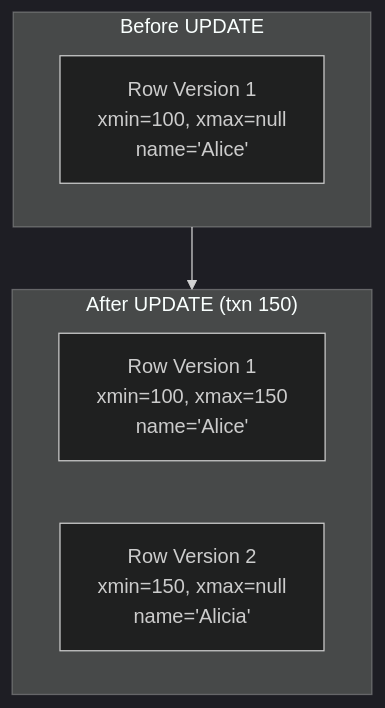
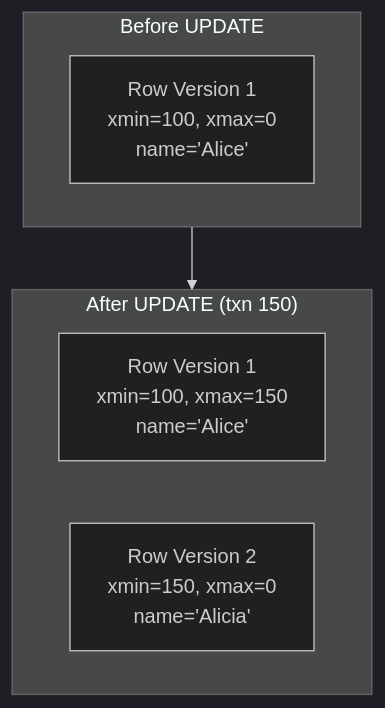
The diagram in posts/2026-01-19-postgresql-mvcc-concurrency/README.md (OneUptime/blog), drawn with Mermaid (dark theme) before and after one commit. The commit also changed other lines of this file and 4262 other files, not shown here.

````diff
--- a/posts/2026-01-19-postgresql-mvcc-concurrency/README.md
+++ b/posts/2026-01-19-postgresql-mvcc-concurrency/README.md
@@ -17,13 +17,13 @@
 ```mermaid
 flowchart TB
     subgraph Before["Before UPDATE"]
-        V1[Row Version 1<br/>xmin=100, xmax=null<br/>name='Alice']
+        V1[Row Version 1<br/>xmin=100, xmax=0<br/>name='Alice']
     end
 
     subgraph After["After UPDATE (txn 150)"]
         V1a[Row Version 1<br/>xmin=100, xmax=150<br/>name='Alice']
-        V2[Row Version 2<br/>xmin=150, xmax=null<br/>name='Alicia']
+        V2[Row Version 2<br/>xmin=150, xmax=0<br/>name='Alicia']
     end
 
     Before --> After
 ```
````
